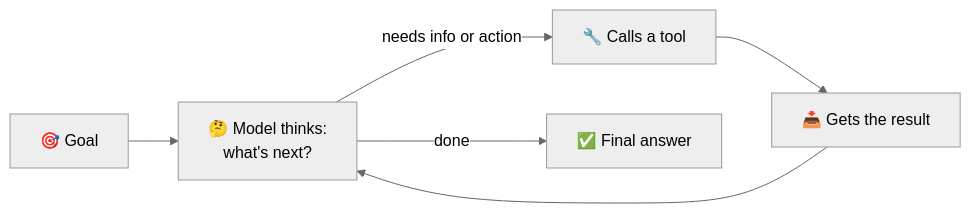
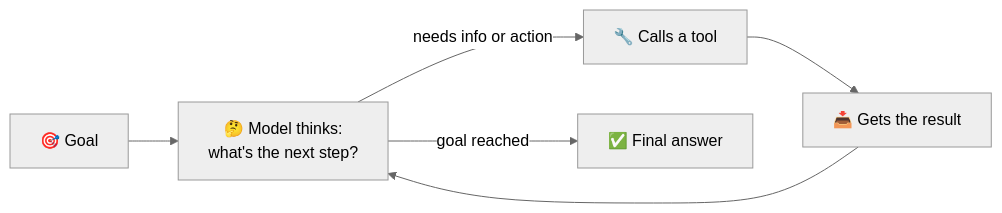
One commit to Axmann8/AI_For_Advanced_Beginners changed the first of 2 diagrams in manual/part-1-foundations/01-the-mental-model.md. Above: the diagram before and after it, drawn with Mermaid (neutral theme). The commit also changed other lines of this file and 120 other files, not shown here.

````diff
--- a/manual/part-1-foundations/01-the-mental-model.md
+++ b/manual/part-1-foundations/01-the-mental-model.md
@@ -30,8 +65,8 @@
 ```mermaid
 flowchart LR
-    A[🎯 Goal] --> B[🤔 Model thinks:<br/>what's next?]
+    A[🎯 Goal] --> B[🤔 Model thinks:<br/>what's the next step?]
     B -->|needs info or action| C[🔧 Calls a tool]
     C --> D[📥 Gets the result]
     D --> B
-    B -->|done| E[✅ Final answer]
+    B -->|goal reached| E[✅ Final answer]
 ```
````
